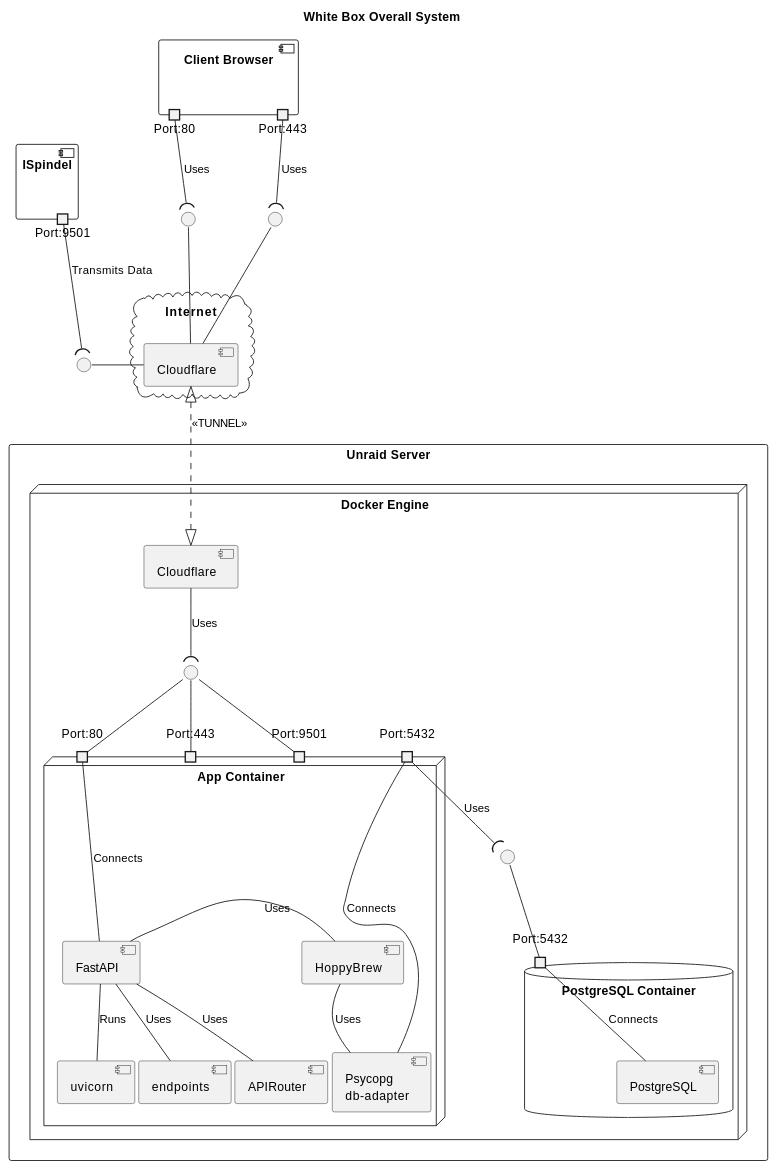
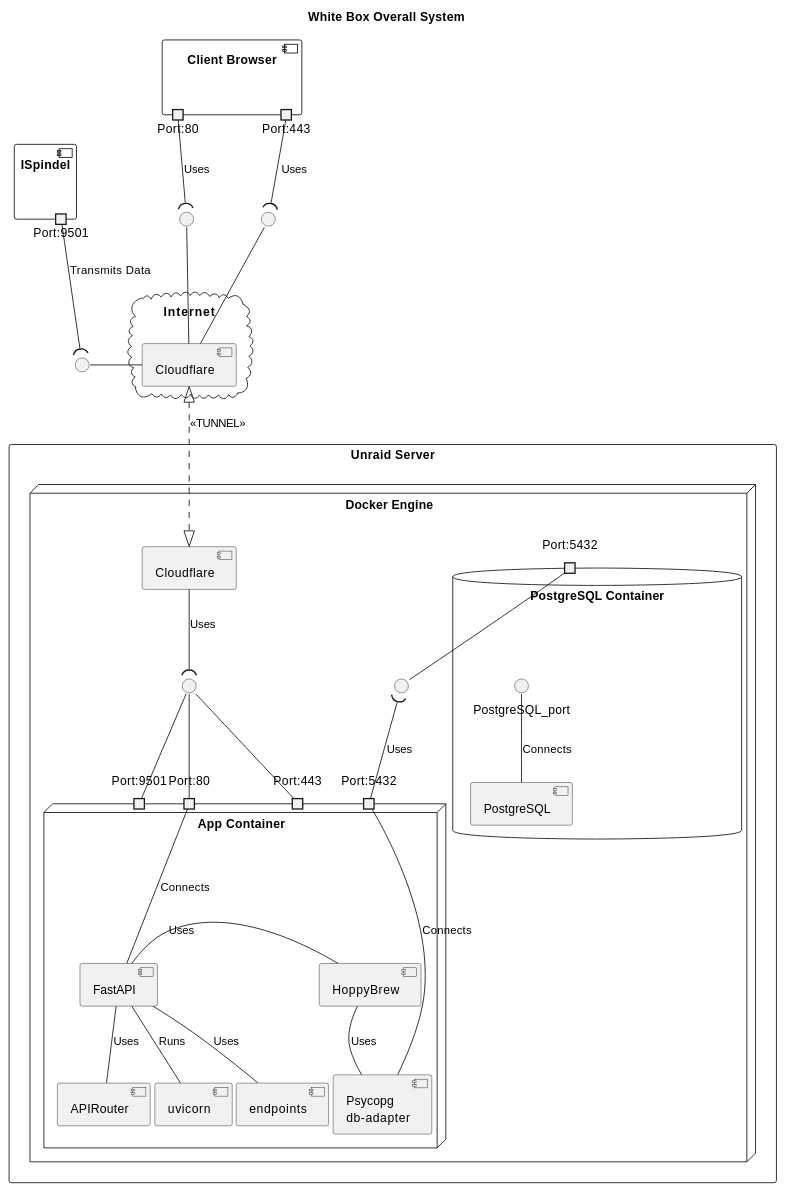
Before and after one commit to asbor/iu-project-software-engineering: the fourth of 5 diagrams in documents/01-Conception-Phase/00-HoppyBrew.md, drawn with PlantUML. The commit also changed 3 other files, not shown here.

```diff
--- a/documents/01-Conception-Phase/00-HoppyBrew.md
+++ b/documents/01-Conception-Phase/00-HoppyBrew.md
@@ -458,7 +458,7 @@
             port "Port:80" as port80
             port "Port:443" as port443
             port "Port:9501" as port9501
-            port "Port:5432" as db_port
+            port "Port:5432" as port5432
             
 
             api - HoppyBrew : Uses
@@ -469,7 +469,7 @@
 
             
             port80 -down- api : Connects
-            db_adapter -- db_port : Connects
+            db_adapter -- port5432 : Connects
         }
 
         interface " " as I04
@@ -480,13 +480,13 @@
 
         database "PostgreSQL Container" {
             component "PostgreSQL" as PostgreSQL
-            port "Port:5432" as PostgreSQL_port
+            port "Port:5432" as PostgreSQL_port5432
             PostgreSQL -up- PostgreSQL_port : Connects
         }
 
         interface " " as I05
-        db_port --( I05 : Uses
-        I05 -- PostgreSQL_port
+        port5432 -up-( I05 : Uses
+        I05 -up- PostgreSQL_port5432
     }
 }
 @enduml
```
